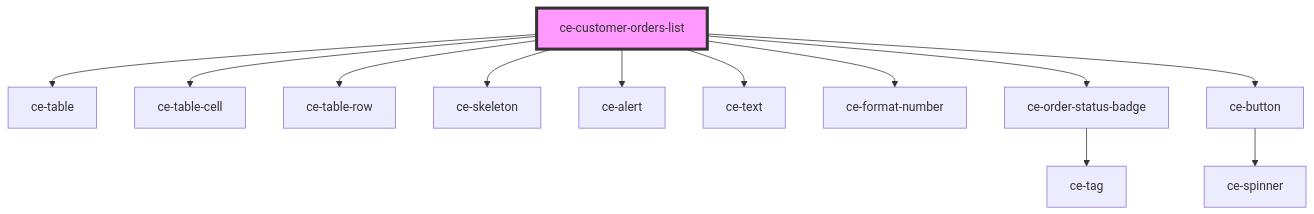
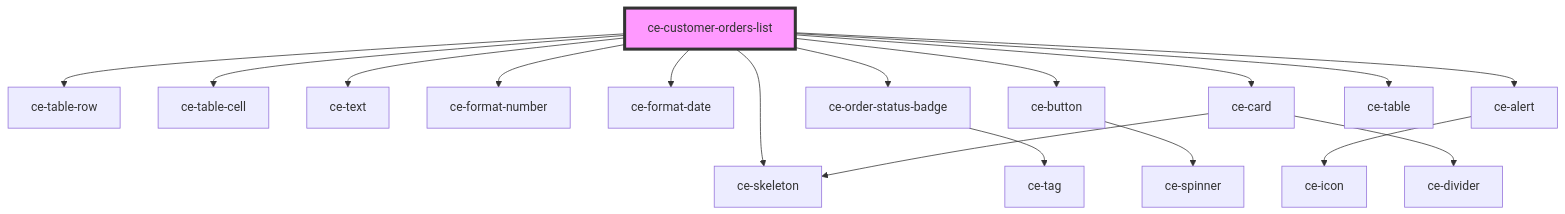
One commit to surecart/surecart-wp-plugin changed the diagram in packages/components/src/components/controllers/dashboard/customer-orders-list/readme.md. Above: the diagram before and after it, drawn with Mermaid. The commit also changed other lines of this file and 101 other files, not shown here.

````diff
--- a/packages/components/src/components/controllers/dashboard/customer-orders-list/readme.md
+++ b/packages/components/src/components/controllers/dashboard/customer-orders-list/readme.md
@@ -31,15 +33,20 @@
 ```mermaid
 graph TD;
-  ce-customer-orders-list --> ce-table
+  ce-customer-orders-list --> ce-table-row
   ce-customer-orders-list --> ce-table-cell
-  ce-customer-orders-list --> ce-table-row
   ce-customer-orders-list --> ce-skeleton
-  ce-customer-orders-list --> ce-alert
   ce-customer-orders-list --> ce-text
   ce-customer-orders-list --> ce-format-number
+  ce-customer-orders-list --> ce-format-date
   ce-customer-orders-list --> ce-order-status-badge
   ce-customer-orders-list --> ce-button
+  ce-customer-orders-list --> ce-alert
+  ce-customer-orders-list --> ce-card
+  ce-customer-orders-list --> ce-table
   ce-order-status-badge --> ce-tag
   ce-button --> ce-spinner
+  ce-alert --> ce-icon
+  ce-card --> ce-skeleton
+  ce-card --> ce-divider
   style ce-customer-orders-list fill:#f9f,stroke:#333,stroke-width:4px
 ```
````
